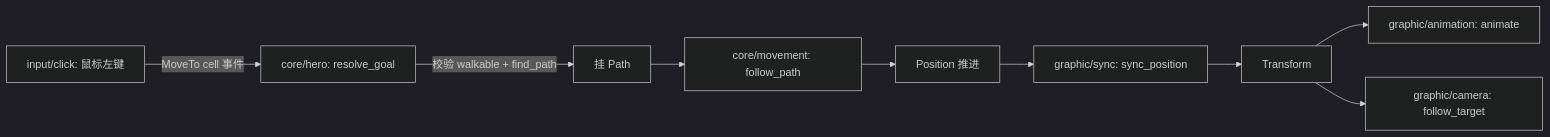
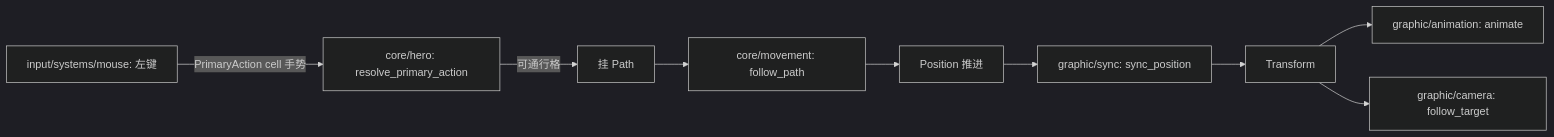
The second of 2 diagrams in openspec/changes/split-data-display-input-plugins/design.md (feng1st/tome), drawn with Mermaid (dark theme) before and after one commit. The commit also changed other lines of this file and 16 other files, not shown here.

````diff
--- a/openspec/changes/split-data-display-input-plugins/design.md
+++ b/openspec/changes/split-data-display-input-plugins/design.md
@@ -62,11 +64,11 @@
 ```mermaid
 flowchart LR
-    click[input/click: 鼠标左键] -->|MoveTo cell 事件| resolve[core/hero: resolve_goal]
-    resolve -->|校验 walkable + find_path| path[挂 Path]
+    mouse[input/systems/mouse: 左键] -->|PrimaryAction cell 手势| dispatch[core/hero: resolve_primary_action]
+    dispatch -->|可通行格| path[挂 Path]
     path --> follow[core/movement: follow_path]
     follow --> pos[Position 推进]
     pos --> sync[graphic/sync: sync_position]
     sync --> trans[Transform]
     trans --> anim[graphic/animation: animate]
     trans --> cam[graphic/camera: follow_target]
 ```
````
